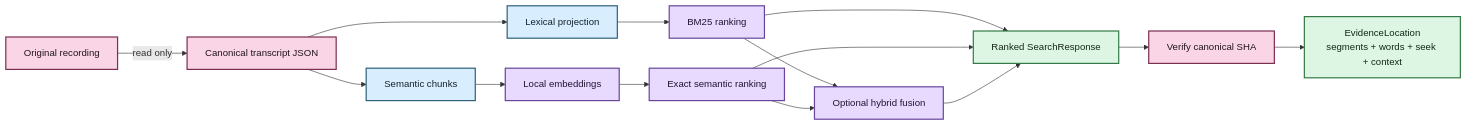
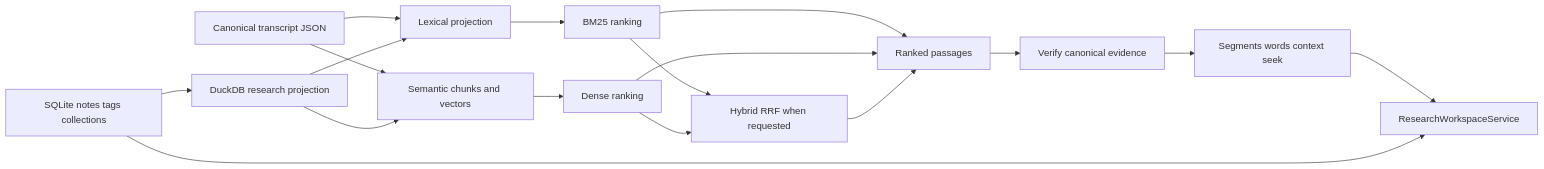
The first of 2 diagrams in docs/architecture/corpus-search.md (SSD1805/EchoFlow), drawn with Mermaid before and after one commit. The commit also changed other lines of this file, not shown here.

Commit message:
docs: update corpus search for research-state filtering

````diff
--- a/docs/architecture/corpus-search.md
+++ b/docs/architecture/corpus-search.md
@@ -27,26 +29,19 @@
 ```mermaid
 flowchart LR
-    A[Original recording] -->|read only| B[Canonical transcript JSON]
-    B --> C[Lexical projection]
-    B --> D[Semantic chunks]
-    C --> E[BM25 ranking]
-    D --> F[Local embeddings]
-    F --> G[Exact semantic ranking]
-    E --> H[Optional hybrid fusion]
-    G --> H
-    E --> I[Ranked SearchResponse]
-    G --> I
-    H --> I
-    I --> V[Verify canonical SHA]
-    V --> N[EvidenceLocation\nsegments + words + seek + context]
-
-    classDef evidence fill:#F9D5E5,stroke:#7B2E52,stroke-width:2px,color:#22151B
-    classDef derived fill:#D8EEFF,stroke:#2E617B,stroke-width:2px,color:#12222A
-    classDef process fill:#E8D9FF,stroke:#68469B,stroke-width:2px,color:#1F1630
-    classDef result fill:#DDF5E3,stroke:#347A46,stroke-width:2px,color:#142719
-
-    class A,B,V evidence
-    class C,D derived
-    class E,F,G,H process
-    class I,N result
+    A[Canonical transcript JSON] --> B[Lexical projection]
+    A --> C[Semantic chunks and vectors]
+    B --> D[BM25 ranking]
+    C --> E[Dense ranking]
+    D --> F[Hybrid RRF when requested]
+    E --> F
+    D --> G[Ranked passages]
+    E --> G
+    F --> G
+    G --> H[Verify canonical evidence]
+    H --> I[Segments words context seek]
+    J[SQLite notes tags collections] --> K[DuckDB research projection]
+    K --> B
+    K --> C
+    I --> L[ResearchWorkspaceService]
+    J --> L
 ```
````
